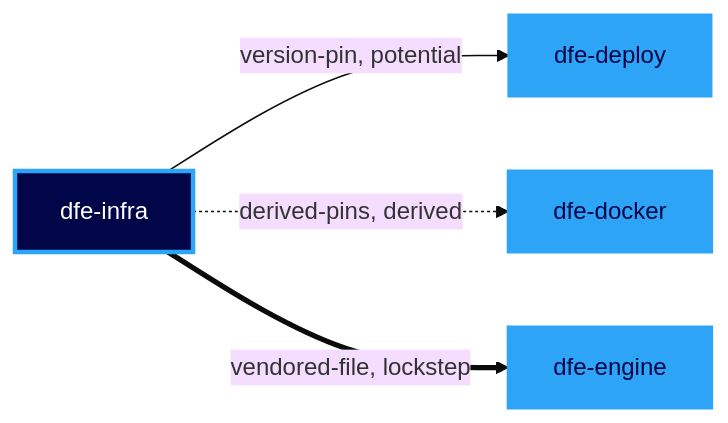
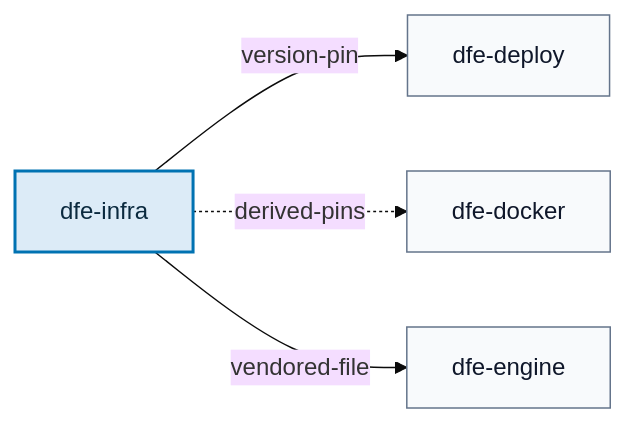
Before and after one commit to hyperi-io/dfe-infra: the sixth of 19 diagrams in docs/suite-graph.md, drawn with Mermaid (base theme). The commit also changed other lines of this file and 5 other files, not shown here.

First line of the commit message:
fix(suite-graph): draw the suite diagrams to the diagram standard

````diff
--- a/docs/suite-graph.md
+++ b/docs/suite-graph.md
@@ -180,12 +235,18 @@
 ```mermaid
 flowchart LR
-  dfe_infra["dfe-infra"]:::producer
-  dfe_deploy["dfe-deploy"]:::suite
-  dfe_infra -->|version-pin, potential| dfe_deploy
-  dfe_docker["dfe-docker"]:::suite
-  dfe_infra -.->|derived-pins, derived| dfe_docker
-  dfe_engine["dfe-engine"]:::suite
-  dfe_infra ==>|vendored-file, lockstep| dfe_engine
-  classDef suite fill:#2EA4F6,stroke:#2EA4F6,stroke-width:2px,color:#000647
-  classDef producer fill:#000647,stroke:#2EA4F6,stroke-width:3px,color:#FFFFFF
+    accTitle: L4 Detail -- dfe-infra build cycle
+    accDescr: A dfe-infra release puts 3 consumers in motion. dfe-deploy takes version-pin. dfe-docker takes derived-pins. dfe-engine takes vendored-file.
+
+    dfe_infra["dfe-infra"]
+    dfe_deploy["dfe-deploy"]
+    dfe_docker["dfe-docker"]
+    dfe_engine["dfe-engine"]
+
+    dfe_infra -->|version-pin| dfe_deploy
+    dfe_infra -.->|derived-pins| dfe_docker
+    dfe_infra -->|vendored-file| dfe_engine
+
+    classDef default fill:#F8FAFC,stroke:#64748B,stroke-width:1px,color:#0F172A
+    classDef core fill:#DCEBF7,stroke:#0072B2,stroke-width:2px,color:#0B2A3F
+    class dfe_infra core
 ```
````
